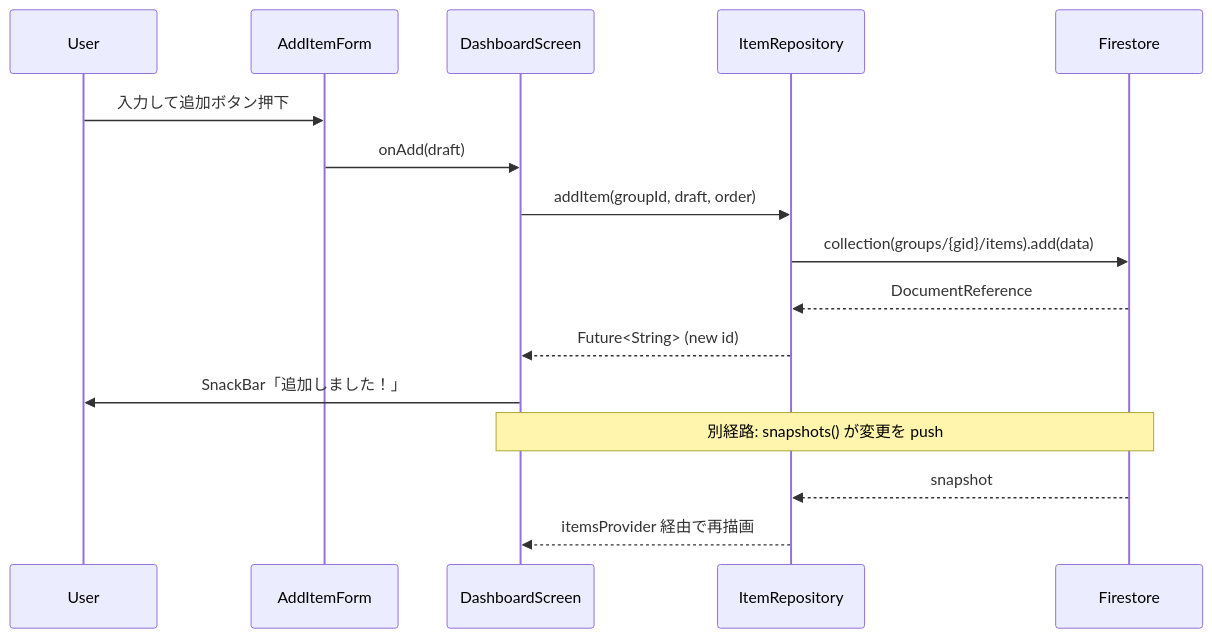
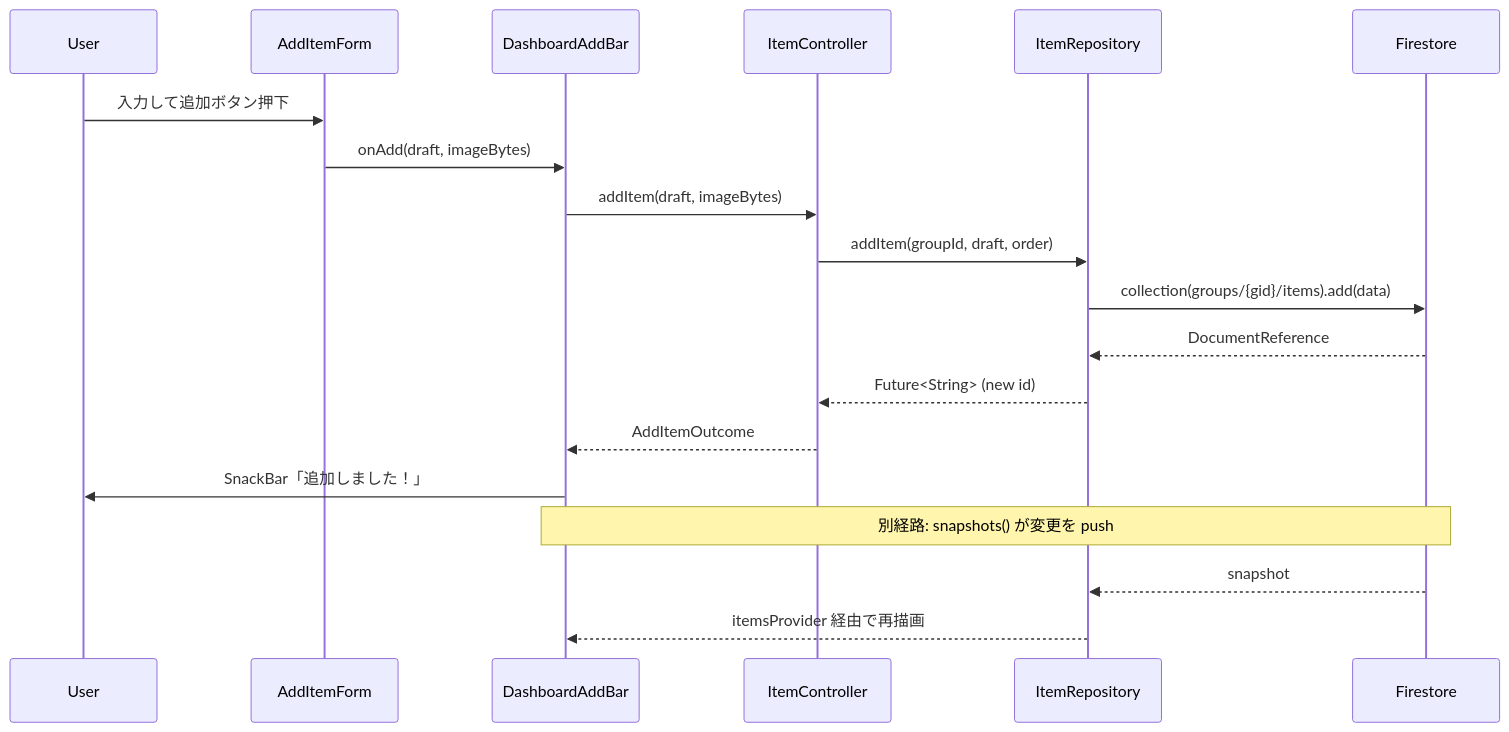
The third of 3 diagrams in docs/内部設計/アーキテクチャ概要.md (ekusy/shopping-list-app-flutter), drawn with Mermaid before and after one commit. The commit also changed other lines of this file and 6 other files, not shown here.

First line of the commit message:
feat: アイテム書き込みを ItemController に集約し追加部を 1 行化 (#69)

````diff
--- a/docs/内部設計/アーキテクチャ概要.md
+++ b/docs/内部設計/アーキテクチャ概要.md
@@ -143,19 +143,22 @@
 ```mermaid
 sequenceDiagram
     participant User
     participant Form as AddItemForm
-    participant Dash as DashboardScreen
+    participant Bar as DashboardAddBar
+    participant Ctrl as ItemController
     participant Repo as ItemRepository
     participant DB as Firestore
 
     User->>Form: 入力して追加ボタン押下
-    Form->>Dash: onAdd(draft)
-    Dash->>Repo: addItem(groupId, draft, order)
+    Form->>Bar: onAdd(draft, imageBytes)
+    Bar->>Ctrl: addItem(draft, imageBytes)
+    Ctrl->>Repo: addItem(groupId, draft, order)
     Repo->>DB: collection(groups/{gid}/items).add(data)
     DB-->>Repo: DocumentReference
-    Repo-->>Dash: Future<String> (new id)
-    Dash->>User: SnackBar「追加しました！」
-    Note over DB,Dash: 別経路: snapshots() が変更を push
+    Repo-->>Ctrl: Future<String> (new id)
+    Ctrl-->>Bar: AddItemOutcome
+    Bar->>User: SnackBar「追加しました！」
+    Note over DB,Bar: 別経路: snapshots() が変更を push
     DB-->>Repo: snapshot
-    Repo-->>Dash: itemsProvider 経由で再描画
+    Repo-->>Bar: itemsProvider 経由で再描画
 ```
````
